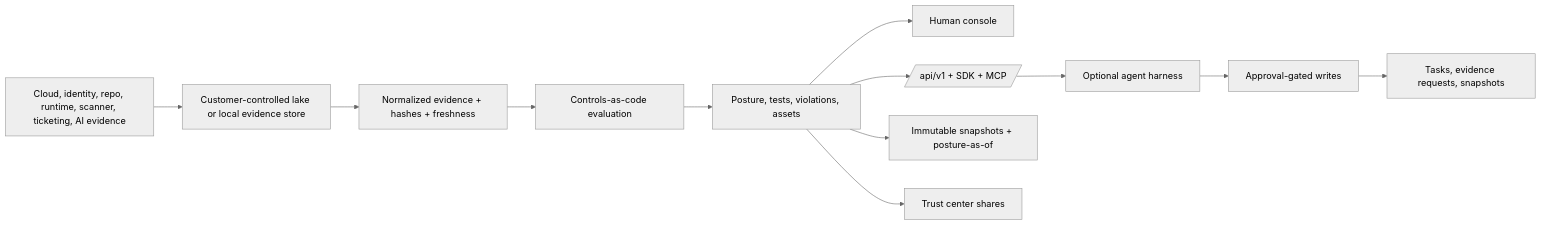
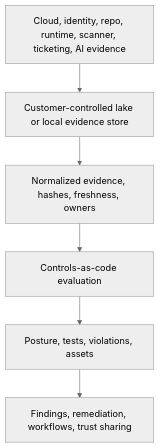
One commit to msaad00/trustops-security-data-lake changed the first of 2 diagrams in README.md. Above: the diagram before and after it, drawn with Mermaid (neutral theme). The commit also changed other lines of this file, not shown here.

Commit message:
docs(readme): clarify architecture flow (#244)

````diff
--- a/README.md
+++ b/README.md
@@ -80,14 +80,11 @@
 ```mermaid
-flowchart LR
-  Sources[Cloud, identity, repo, runtime, scanner, ticketing, AI evidence] --> Lake[Customer-controlled lake or local evidence store]
-  Lake --> Evidence[Normalized evidence + hashes + freshness]
-  Evidence --> Rules[Controls-as-code evaluation]
-  Rules --> Posture[Posture, tests, violations, assets]
-  Posture --> UI[Human console]
-  Posture --> API[/api/v1 + SDK + MCP/]
-  Posture --> Snapshots[Immutable snapshots + posture-as-of]
-  Posture --> Share[Trust center shares]
-  API --> Harness[Optional agent harness]
-  Harness --> Approval[Approval-gated writes]
-  Approval --> Work[Tasks, evidence requests, snapshots]
+flowchart TB
+  Sources[Cloud, identity, repo, runtime, scanner, ticketing, AI evidence]
+  Lake[Customer-controlled lake or local evidence store]
+  Evidence[Normalized evidence, hashes, freshness, owners]
+  Rules[Controls-as-code evaluation]
+  Posture[Posture, tests, violations, assets]
+  Actions[Findings, remediation, workflows, trust sharing]
+
+  Sources --> Lake --> Evidence --> Rules --> Posture --> Actions
 ```
````
